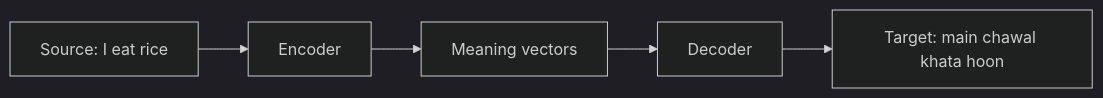
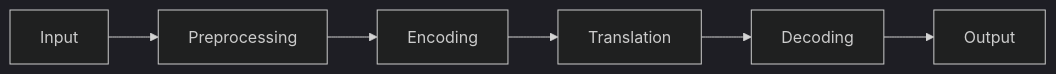
Before and after one commit to TrendySloth1001/sem-seven-notes: the diagram in content/natural-language-processing/pyq/2024-12/q6c.hi.mdx, drawn with Mermaid (dark theme). The commit also changed other lines of this file and 406 other files, not shown here.

````diff
--- a/content/natural-language-processing/pyq/2024-12/q6c.hi.mdx
+++ b/content/natural-language-processing/pyq/2024-12/q6c.hi.mdx
@@ -15,5 +9,5 @@
 ```mermaid
-%% caption: Neural machine translation. Encoder source sentence ko numbers mein badalta hai; decoder target sentence word by word likhta hai.
+%% caption: Machine translation chhe steps mein.
 flowchart LR
-  A["Source: I eat rice"] --> B["Encoder"] --> C["Meaning vectors"] --> D["Decoder"] --> E["Target: main chawal khata hoon"]
+  A["Input"] --> B["Preprocessing"] --> C["Encoding"] --> D["Translation"] --> E["Decoding"] --> F["Output"]
 ```
````
